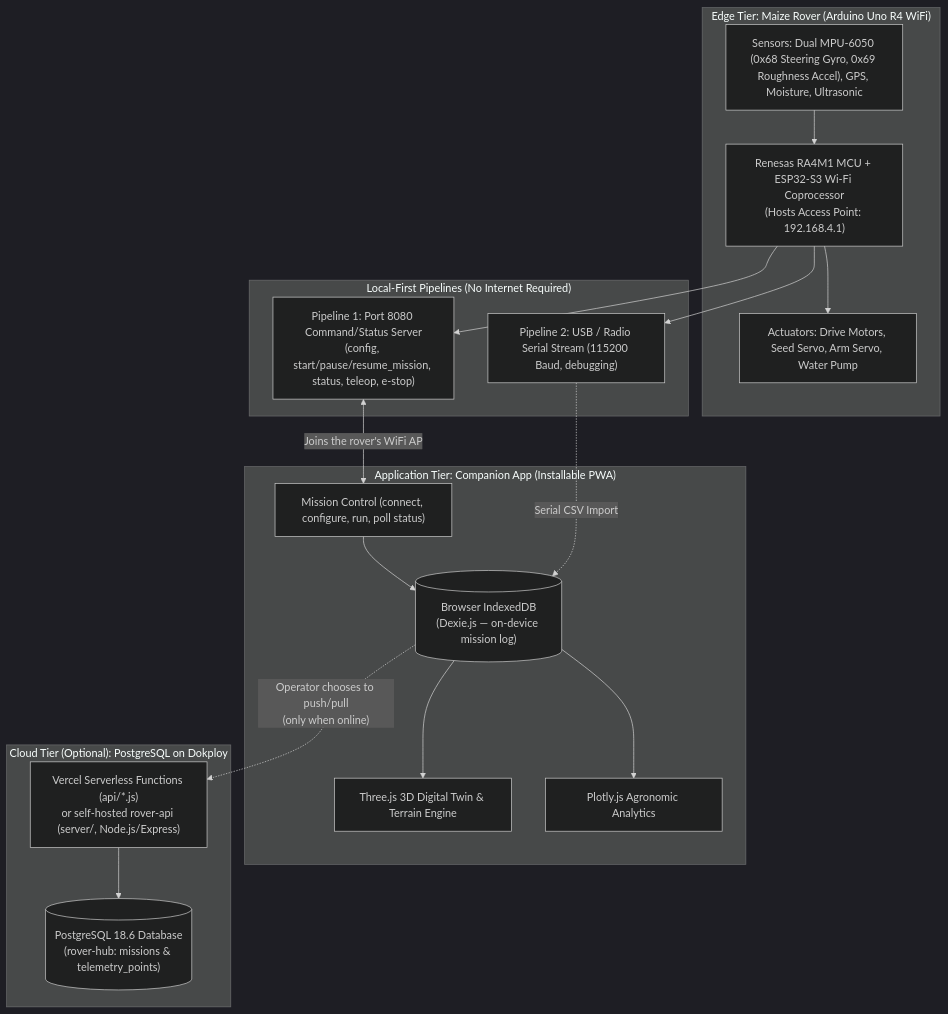
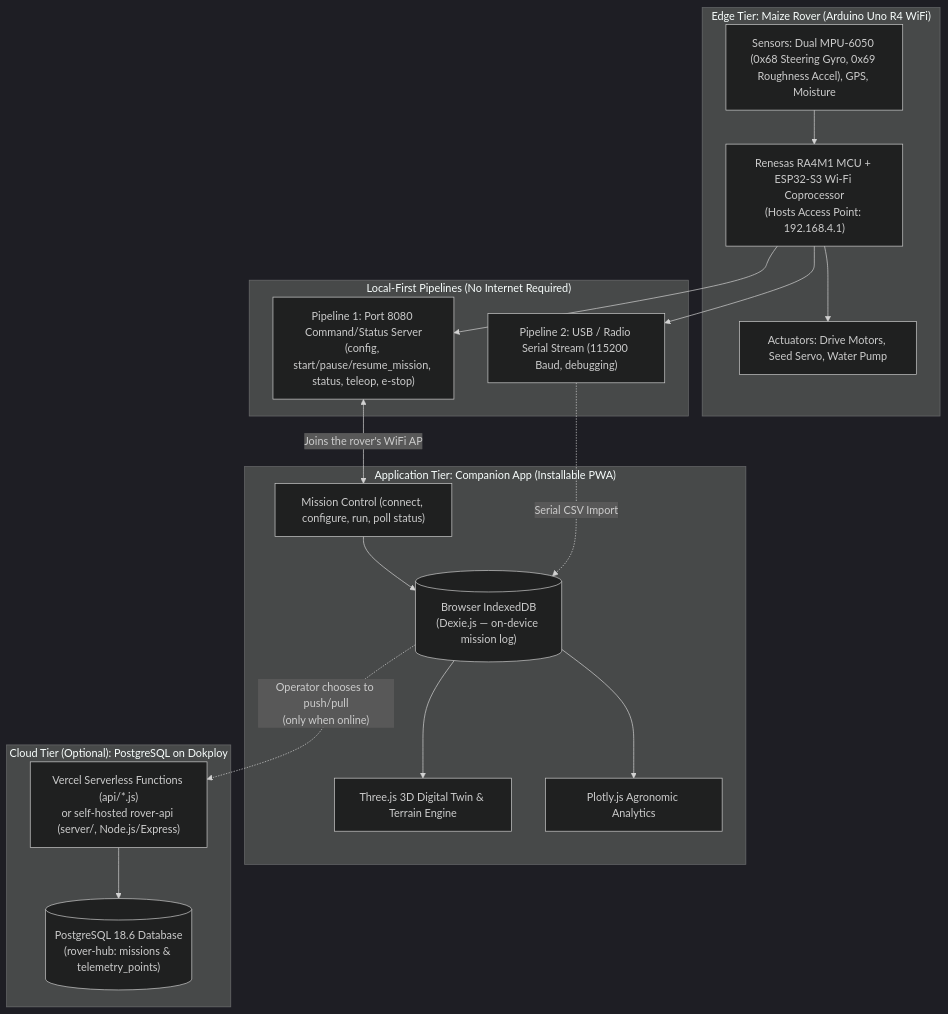
Before and after one commit to Elikplim-N/rover-mission-manager: the first of 4 diagrams in docs/ARCHITECTURE_KNOWLEDGE_BASE.md, drawn with Mermaid (dark theme). The commit also changed other lines of this file and 3 other files, not shown here.

First line of the commit message:
Remove ultrasonic obstacle sensor and arm servo (physically removed from rover)

````diff
--- a/docs/ARCHITECTURE_KNOWLEDGE_BASE.md
+++ b/docs/ARCHITECTURE_KNOWLEDGE_BASE.md
@@ -21,38 +21,38 @@
 ```mermaid
 flowchart TB
     subgraph EdgeTier["Edge Tier: Maize Rover (Arduino Uno R4 WiFi)"]
-        Sensors["Sensors: Dual MPU-6050 (0x68 Steering Gyro, 0x69 Roughness Accel), GPS, Moisture, Ultrasonic"]
-        Actuators["Actuators: Drive Motors, Seed Servo, Arm Servo, Water Pump"]
+        Sensors["Sensors: Dual MPU-6050 (0x68 Steering Gyro, 0x69 Roughness Accel), GPS, Moisture"]
+        Actuators["Actuators: Drive Motors, Seed Servo, Water Pump"]
         MCU["Renesas RA4M1 MCU + ESP32-S3 Wi-Fi Coprocessor\n(Hosts Access Point: 192.168.4.1)"]
         Sensors --> MCU
         MCU --> Actuators
     end
 
     subgraph LocalPipes["Local-First Pipelines (No Internet Required)"]
         SerialOut["Pipeline 2: USB / Radio Serial Stream (115200 Baud, debugging)"]
         CmdServer["Pipeline 1: Port 8080 Command/Status Server\n(config, start/pause/resume_mission, status, teleop, e-stop)"]
         MCU --> SerialOut
         MCU --> CmdServer
     end
 
     subgraph AppTier["Application Tier: Companion App (Installable PWA)"]
         DexieDB[("Browser IndexedDB\n(Dexie.js — on-device mission log)")]
         ThreeD["Three.js 3D Digital Twin & Terrain Engine"]
         PlotlyAnalytics["Plotly.js Agronomic Analytics"]
         MissionCtl["Mission Control (connect, configure, run, poll status)"]
 
         CmdServer <-->|Joins the rover's WiFi AP| MissionCtl
         MissionCtl --> DexieDB
         SerialOut -.->|Serial CSV Import| DexieDB
         DexieDB --> ThreeD
         DexieDB --> PlotlyAnalytics
     end
 
     subgraph CloudTier["Cloud Tier (Optional): PostgreSQL on Dokploy"]
         VercelAPI["Vercel Serverless Functions (api/*.js)\nor self-hosted rover-api (server/, Node.js/Express)"]
         PostgresDB[("PostgreSQL 18.6 Database\n(rover-hub: missions & telemetry_points)")]
         VercelAPI --> PostgresDB
     end
 
     DexieDB -.->|"Operator chooses to push/pull\n(only when online)"| VercelAPI
 ```
````
